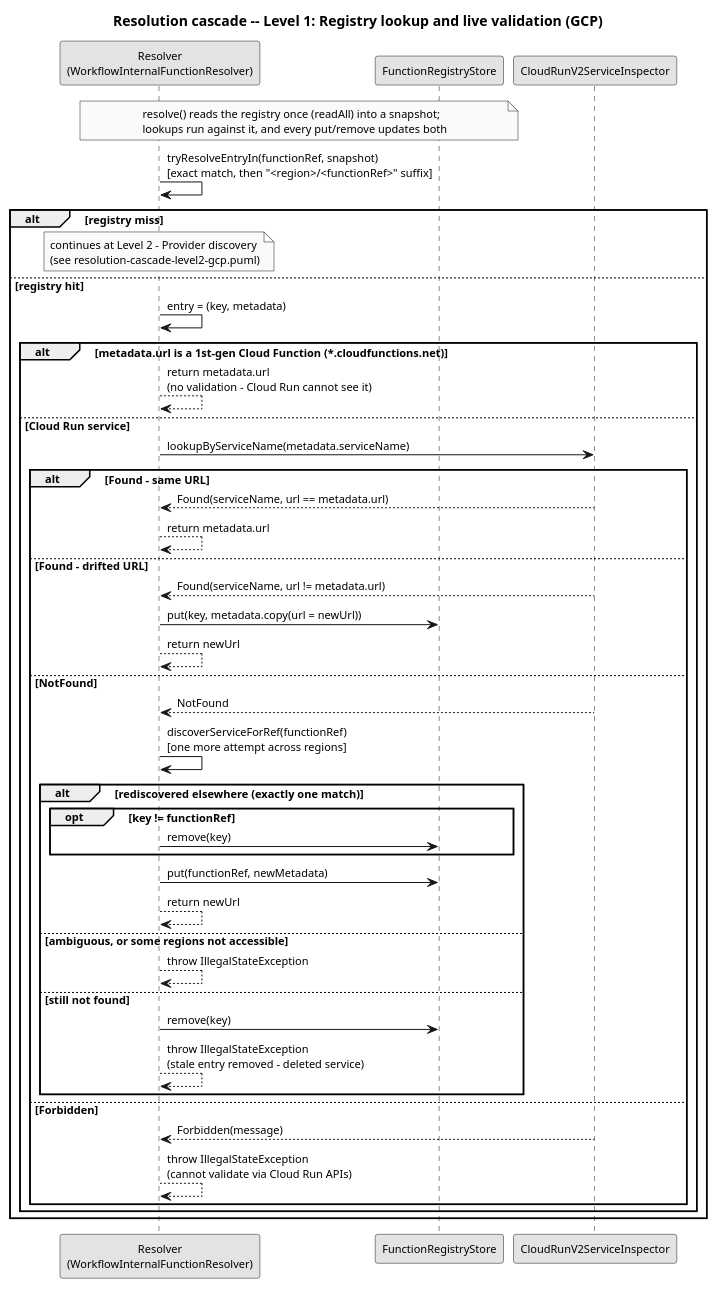
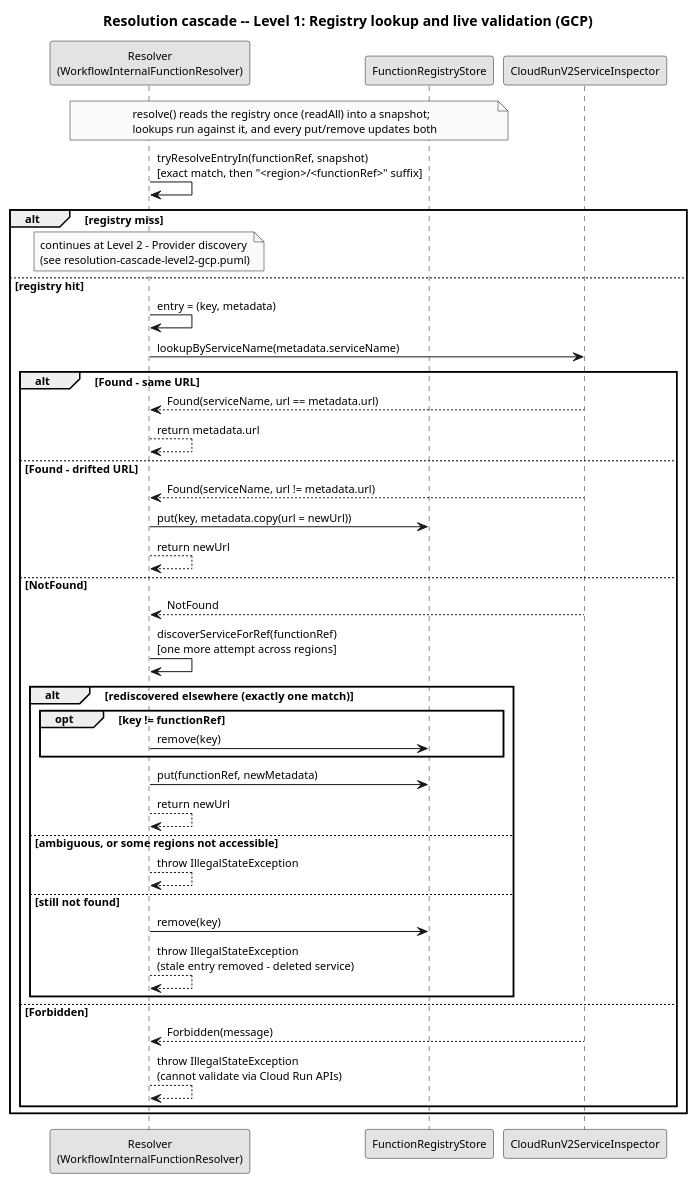
Before and after one commit to EngenheiroPedroCarvalho/ISEL-Thesis-2526: the diagram in diagrams/resolution-cascade-level1-gcp.puml, drawn with PlantUML. The commit also changed 17 other files, not shown here.

```diff
--- a/diagrams/resolution-cascade-level1-gcp.puml
+++ b/diagrams/resolution-cascade-level1-gcp.puml
@@ -1,56 +1,52 @@
 @startuml resolution-cascade-level1-gcp
 skinparam monochrome true
 skinparam shadowing false
 skinparam defaultFontSize 11
 title Resolution cascade -- Level 1: Registry lookup and live validation (GCP)
 
 participant "Resolver\n(WorkflowInternalFunctionResolver)" as R
 participant "FunctionRegistryStore" as REG
 participant "CloudRunV2ServiceInspector" as GI
 
 note over R, REG
   resolve() reads the registry once (readAll) into a snapshot;
   lookups run against it, and every put/remove updates both
 end note
 R -> R : tryResolveEntryIn(functionRef, snapshot)\n[exact match, then "<region>/<functionRef>" suffix]
 alt registry miss
   note over R
     continues at Level 2 - Provider discovery
     (see resolution-cascade-level2-gcp.puml)
   end note
 else registry hit
   R -> R : entry = (key, metadata)
 
-  alt metadata.url is a 1st-gen Cloud Function (*.cloudfunctions.net)
-    R --> R : return metadata.url\n(no validation - Cloud Run cannot see it)
-  else Cloud Run service
-    R -> GI : lookupByServiceName(metadata.serviceName)
-    alt Found - same URL
-      GI --> R : Found(serviceName, url == metadata.url)
-      R --> R : return metadata.url
-    else Found - drifted URL
-      GI --> R : Found(serviceName, url != metadata.url)
-      R -> REG : put(key, metadata.copy(url = newUrl))
+  R -> GI : lookupByServiceName(metadata.serviceName)
+  alt Found - same URL
+    GI --> R : Found(serviceName, url == metadata.url)
+    R --> R : return metadata.url
+  else Found - drifted URL
+    GI --> R : Found(serviceName, url != metadata.url)
+    R -> REG : put(key, metadata.copy(url = newUrl))
+    R --> R : return newUrl
+  else NotFound
+    GI --> R : NotFound
+    R -> R : discoverServiceForRef(functionRef)\n[one more attempt across regions]
+    alt rediscovered elsewhere (exactly one match)
+      opt key != functionRef
+        R -> REG : remove(key)
+      end
+      R -> REG : put(functionRef, newMetadata)
       R --> R : return newUrl
-    else NotFound
-      GI --> R : NotFound
-      R -> R : discoverServiceForRef(functionRef)\n[one more attempt across regions]
-      alt rediscovered elsewhere (exactly one match)
-        opt key != functionRef
-          R -> REG : remove(key)
-        end
-        R -> REG : put(functionRef, newMetadata)
-        R --> R : return newUrl
-      else ambiguous, or some regions not accessible
-        R --> R : throw IllegalStateException
-      else still not found
-        R -> REG : remove(key)
-        R --> R : throw IllegalStateException\n(stale entry removed - deleted service)
-      end
-    else Forbidden
-      GI --> R : Forbidden(message)
-      R --> R : throw IllegalStateException\n(cannot validate via Cloud Run APIs)
+    else ambiguous, or some regions not accessible
+      R --> R : throw IllegalStateException
+    else still not found
+      R -> REG : remove(key)
+      R --> R : throw IllegalStateException\n(stale entry removed - deleted service)
     end
+  else Forbidden
+    GI --> R : Forbidden(message)
+    R --> R : throw IllegalStateException\n(cannot validate via Cloud Run APIs)
   end
 end
 @enduml
```
